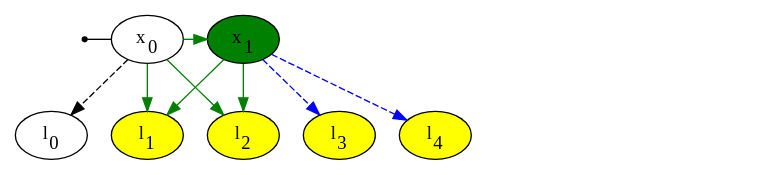
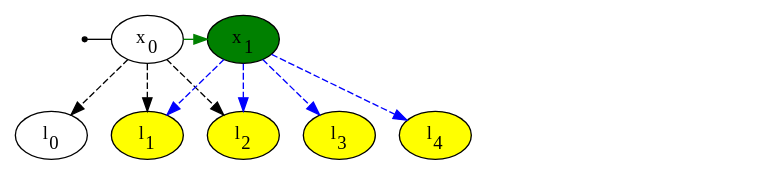
The diagram in docs/gtsam_workflow_diagrams/gtsam_diagram_x1.dot (neufieldrobotics/simple_vslam), drawn with Graphviz before and after one commit. The commit also changed 6 other files, not shown here.

```diff
--- a/docs/gtsam_workflow_diagrams/gtsam_diagram_x1.dot
+++ b/docs/gtsam_workflow_diagrams/gtsam_diagram_x1.dot
@@ -1,48 +1,48 @@
 digraph G {
  concentrate=true;
 
   x0i[shape=point label=<x<SUB>0_initial</SUB>>]
   x0[label=<x<SUB>0</SUB>>, style=filled color=black fillcolor=white];
   x1[label=<x<SUB>1</SUB>>, style="filled" color="black" fillcolor="green"];
   x2[label=<x<SUB>2</SUB>> style=invis]
   x3[label=<x<SUB>3</SUB>> style=invis]
 
   l0[label=<l<SUB>0</SUB>> style="filled" color="black" fillcolor="white"]
   l1[label=<l<SUB>1</SUB>> style="filled" color="black" fillcolor="yellow"]
   l2[label=<l<SUB>2</SUB>> style="filled" color="black" fillcolor="yellow"]
   l3[label=<l<SUB>3</SUB>> style="filled" color="black" fillcolor="yellow"]
   l4[label=<l<SUB>4</SUB>> style="filled" color="black" fillcolor="yellow"]
   l5[label=<l<SUB>5</SUB>> style=invis]
   l6[label=<l<SUB>6</SUB>> style=invis]
   l7[label=<l<SUB>7</SUB>> style=invis]
 
 
   
   x0 -> x1 [color=green constraint=false];
 
   x0i -> x0 [arrowhead=none constraint=false]	
 
   x0 -> l0 [style=dashed color=black]
 
-  x0 -> l1 [color=green]
-  x0 -> l2 [color=green]
+  x0 -> l1 [style=dashed color=black]
+  x0 -> l2 [style=dashed color=black]
 
-  x1 -> l1 [color=green]
-  x1 -> l2 [color=green]
+  x1 -> l1 [style=dashed color=blue]
+  x1 -> l2 [style=dashed color=blue]
 
   x1 -> l3 [style=dashed color=blue]
   x1 -> l4 [style=dashed color=blue]
 
   x2 -> l2 [style=invis]
   x2 -> l3 [style=invis]
   x2 -> l4 [style=invis]
 
   x2 -> l5 [style=invis]
 
   x3 -> l4 [style=invis]
   x3 -> l5 [style=invis]
 
   x3 -> l6 [style=invis]
   x3 -> l7 [style=invis]
 
 }
```
